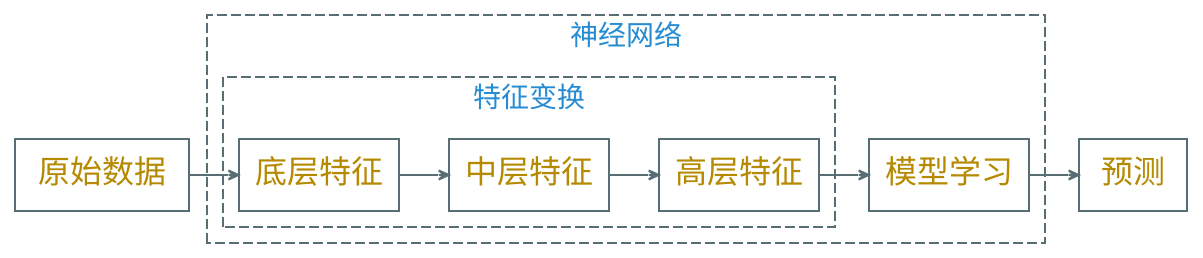
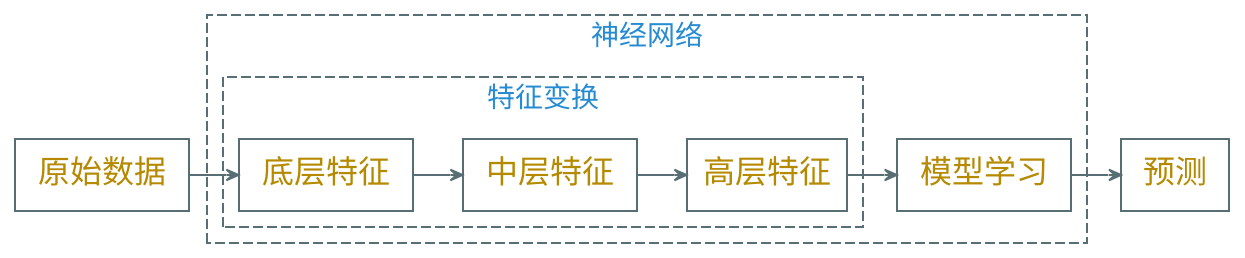
One commit to Avanti1980/course-ml changed the diagram in dot/ml-nn.dot. Above: the diagram before and after it, drawn with Graphviz. The commit also changed 251 other files, not shown here.

```diff
--- a/dot/ml-nn.dot
+++ b/dot/ml-nn.dot
@@ -1,31 +1,31 @@
 digraph g {
+    bgcolor=transparent
     graph [nodesep=0.35, ranksep=0.35]
-    rankdir = LR
-    node [shape=box color="#586e75" fontname="Ysabeau,LXGWWenKai" fontcolor="#b58900" fontsize=16]
-    edge [arrowhead=vee color="#586e75" fontname="Ysabeau,LXGWWenKai" fontcolor="#268bd2" fontsize=16 arrowsize=0.5]
-    bgcolor = transparent
+    rankdir=LR
+    node [shape=box, color="#586e75", fontname="LXGWWenKai", fontcolor="#b58900", fontsize=16]
+    edge [arrowhead=vee, color="#586e75", fontname="LXGWWenKai", fontcolor="#268bd2", fontsize=16, arrowsize=0.6]
 
     " 原始数据 "
 
     subgraph cluster_1 {
         color="#586e75"
         fontcolor="#268bd2"
-        fontname="Ysabeau,LXGWWenKai"
+        fontname="LXGWWenKai"
         style="dashed"
         label="神经网络"
 
         subgraph cluster_2 {
             color="#586e75"
             fontcolor="#268bd2"
-            fontname="Ysabeau,LXGWWenKai"
+            fontname="LXGWWenKai"
             style="dashed"
             label="特征变换"
-            底层特征 -> 中层特征 -> 高层特征
+            " 底层特征 " -> " 中层特征 " -> "高层特征"
         }
 
-        高层特征 -> 模型学习
+        "高层特征" -> " 模型学习 "
     }
 
-    " 原始数据 " -> 底层特征
-    模型学习 -> 预测
+    " 原始数据 " -> " 底层特征 "
+    " 模型学习 " -> 预测
 }
```
